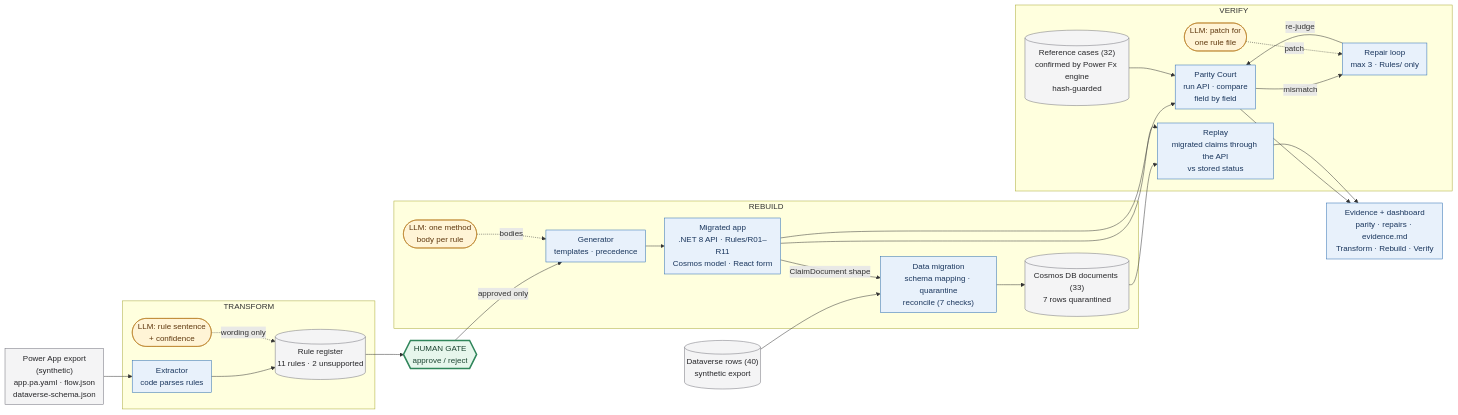
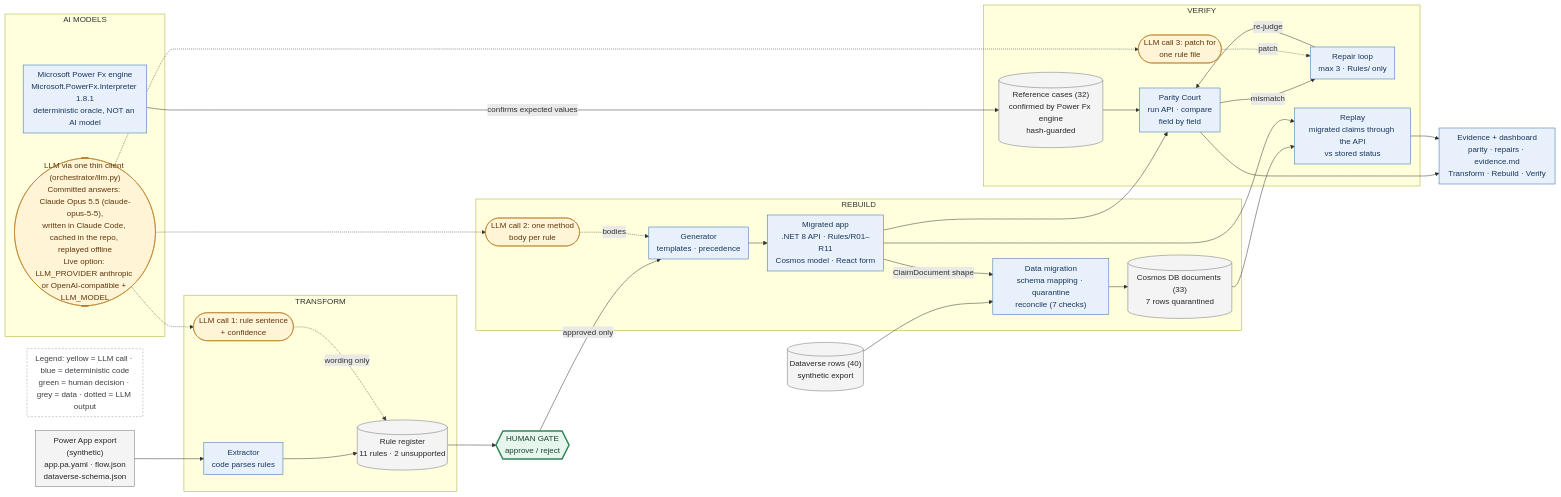
The diagram in docs/architecture.mmd (HelenThl/fluxora), drawn with Mermaid before and after one commit.

Commit message:
Architecture diagram: name the AI models and add a legend
The submission asks the diagram to show the AI models used. Adds an AI MODELS box (Claude Opus 5.5
answers written in Claude Code and cached; live provider/model via LLM_PROVIDER and LLM_MODEL),
links it to the three numbered LLM calls, marks the Power Fx engine as a deterministic oracle that
confirms the reference cases, and adds a colour legend. architecture.svg needs re-rendering.

Claude-Session: https://claude.ai/code/session_01UisHurDH8T7XcAF1oF3ojH

```diff
--- a/docs/architecture.mmd
+++ b/docs/architecture.mmd
@@ -1,61 +1,74 @@
 %%{init: {"flowchart": {"nodeSpacing": 28, "rankSpacing": 38, "padding": 8}}}%%
 %% Fluxora pipeline. Render: npx -y @mermaid-js/mermaid-cli@11.4.2 -i docs/architecture.mmd -o docs/architecture.svg
 %% (Windows PowerShell with scripts disabled: use npx.cmd instead of npx.)
 flowchart LR
     IN["Power App export<br/>(synthetic)<br/>app.pa.yaml · flow.json<br/>dataverse-schema.json"]
     DV[("Dataverse rows (40)<br/>synthetic export")]
 
     subgraph T["TRANSFORM"]
         EXT["Extractor<br/>code parses rules"]
-        EXTLLM(["LLM: rule sentence<br/>+ confidence"])
+        EXTLLM(["LLM call 1: rule sentence<br/>+ confidence"])
         REG[("Rule register<br/>11 rules · 2 unsupported")]
     end
 
     GATE{{"HUMAN GATE<br/>approve / reject"}}
 
     subgraph R["REBUILD"]
         GEN["Generator<br/>templates · precedence"]
-        GENLLM(["LLM: one method<br/>body per rule"])
+        GENLLM(["LLM call 2: one method<br/>body per rule"])
         APPOUT["Migrated app<br/>.NET 8 API · Rules/R01–R11<br/>Cosmos model · React form"]
         MIG["Data migration<br/>schema mapping · quarantine<br/>reconcile (7 checks)"]
         DOCS[("Cosmos DB documents (33)<br/>7 rows quarantined")]
     end
 
     subgraph V["VERIFY"]
         CASES[("Reference cases (32)<br/>confirmed by Power Fx engine<br/>hash-guarded")]
         JUDGE["Parity Court<br/>run API · compare<br/>field by field"]
         REPAIR["Repair loop<br/>max 3 · Rules/ only"]
-        REPLLM(["LLM: patch for<br/>one rule file"])
+        REPLLM(["LLM call 3: patch for<br/>one rule file"])
         REPLAY["Replay<br/>migrated claims through the API<br/>vs stored status"]
     end
+
+    subgraph M["AI MODELS"]
+        MODEL(["LLM via one thin client (orchestrator/llm.py)<br/>Committed answers: Claude Opus 5.5 (claude-opus-5-5),<br/>written in Claude Code, cached in the repo, replayed offline<br/>Live option: LLM_PROVIDER anthropic or OpenAI-compatible + LLM_MODEL"])
+        PFX["Microsoft Power Fx engine<br/>Microsoft.PowerFx.Interpreter 1.8.1<br/>deterministic oracle, NOT an AI model"]
+    end
+
+    LEG["Legend: yellow = LLM call · blue = deterministic code<br/>green = human decision · grey = data · dotted = LLM output"]
 
     OUT["Evidence + dashboard<br/>parity · repairs · evidence.md<br/>Transform · Rebuild · Verify"]
 
     IN --> EXT
     EXT --> REG
     EXTLLM -. wording only .-> REG
     REG --> GATE
     GATE -- approved only --> GEN
     GENLLM -. bodies .-> GEN
     GEN --> APPOUT
     APPOUT --> JUDGE
     CASES --> JUDGE
     JUDGE -- mismatch --> REPAIR
     REPLLM -. patch .-> REPAIR
     REPAIR -- re-judge --> JUDGE
     JUDGE --> OUT
     DV --> MIG
     APPOUT -- ClaimDocument shape --> MIG
     MIG --> DOCS
     DOCS --> REPLAY
     APPOUT --> REPLAY
     REPLAY --> OUT
+    MODEL -.-> EXTLLM
+    MODEL -.-> GENLLM
+    MODEL -.-> REPLLM
+    PFX -- confirms expected values --> CASES
 
     classDef llm fill:#fff4d6,stroke:#b7791f,color:#5f370e
     classDef nollm fill:#e8f1fb,stroke:#2b6cb0,color:#1a365d
     classDef human fill:#e6f6ec,stroke:#2f855a,color:#1c4532,stroke-width:3px
     classDef data fill:#f4f4f5,stroke:#71717a,color:#27272a
-    class EXTLLM,GENLLM,REPLLM llm
-    class EXT,GEN,JUDGE,REPAIR,APPOUT,OUT,MIG,REPLAY nollm
+    classDef legend fill:#ffffff,stroke:#a1a1aa,color:#3f3f46,stroke-dasharray:4 3
+    class EXTLLM,GENLLM,REPLLM,MODEL llm
+    class EXT,GEN,JUDGE,REPAIR,APPOUT,OUT,MIG,REPLAY,PFX nollm
+    class LEG legend
     class GATE human
     class REG,CASES,IN,DV,DOCS data
```
